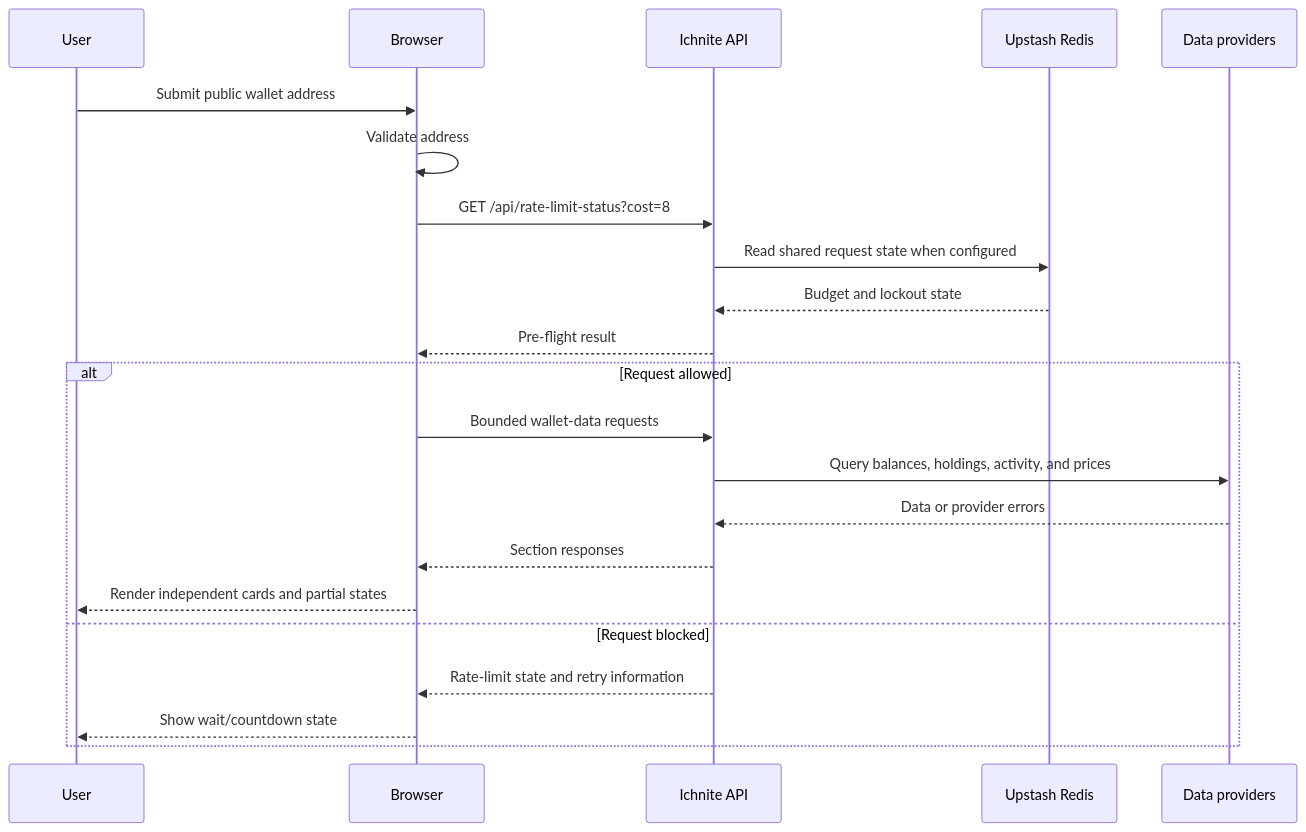
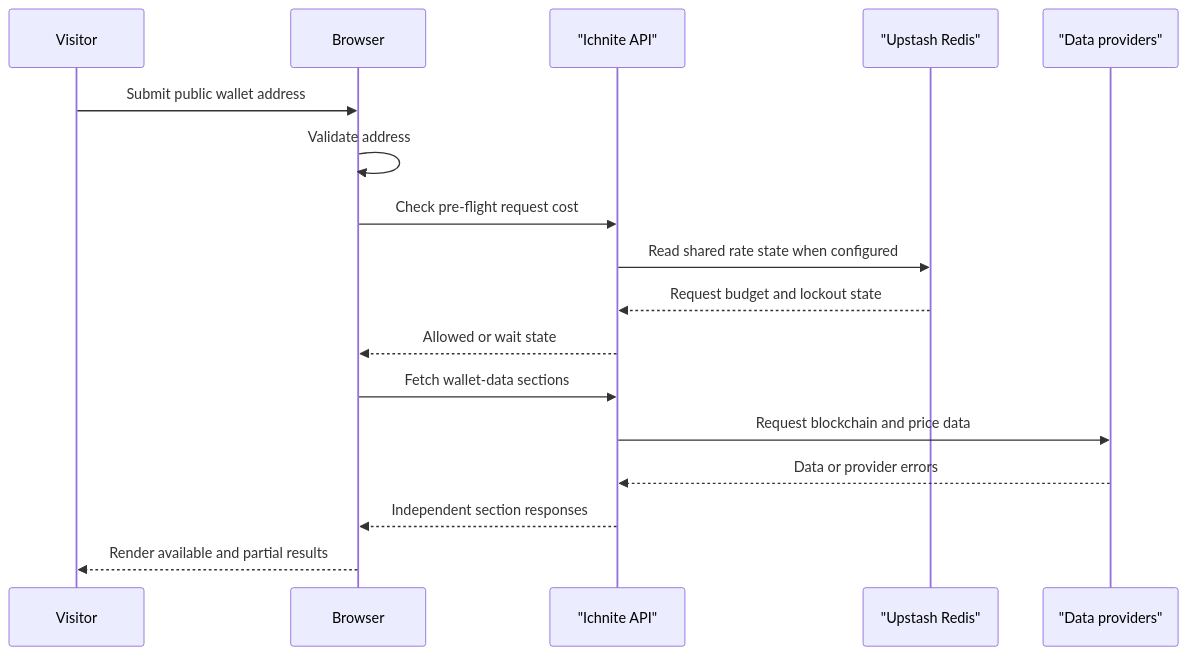
One commit to enechiphilipchikamso-blip/Ichnite changed the second of 2 diagrams in README.md. Above: the diagram before and after it, drawn with Mermaid. The commit also changed other lines of this file and 7 other files, not shown here.

````diff
--- a/README.md
+++ b/README.md
@@ -123,24 +185,19 @@
 ```mermaid
 sequenceDiagram
-    participant User
+    participant Visitor
     participant Browser
-    participant API as Ichnite API
-    participant Redis as Upstash Redis
-    participant Providers as Data providers
-    User->>Browser: Submit public wallet address
+    participant API as "Ichnite API"
+    participant Redis as "Upstash Redis"
+    participant Providers as "Data providers"
+    Visitor->>Browser: Submit public wallet address
     Browser->>Browser: Validate address
-    Browser->>API: GET /api/rate-limit-status?cost=8
-    API->>Redis: Read shared request state when configured
-    Redis-->>API: Budget and lockout state
-    API-->>Browser: Pre-flight result
-    alt Request allowed
-        Browser->>API: Bounded wallet-data requests
-        API->>Providers: Query balances, holdings, activity, and prices
-        Providers-->>API: Data or provider errors
-        API-->>Browser: Section responses
-        Browser-->>User: Render independent cards and partial states
-    else Request blocked
-        API-->>Browser: Rate-limit state and retry information
-        Browser-->>User: Show wait/countdown state
-    end
+    Browser->>API: Check pre-flight request cost
+    API->>Redis: Read shared rate state when configured
+    Redis-->>API: Request budget and lockout state
+    API-->>Browser: Allowed or wait state
+    Browser->>API: Fetch wallet-data sections
+    API->>Providers: Request blockchain and price data
+    Providers-->>API: Data or provider errors
+    API-->>Browser: Independent section responses
+    Browser-->>Visitor: Render available and partial results
 ```
````
